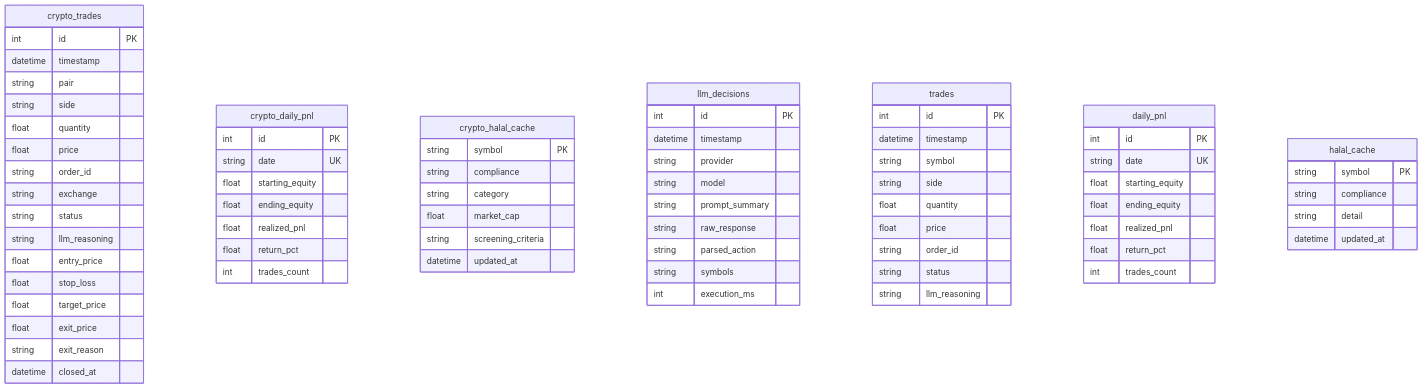
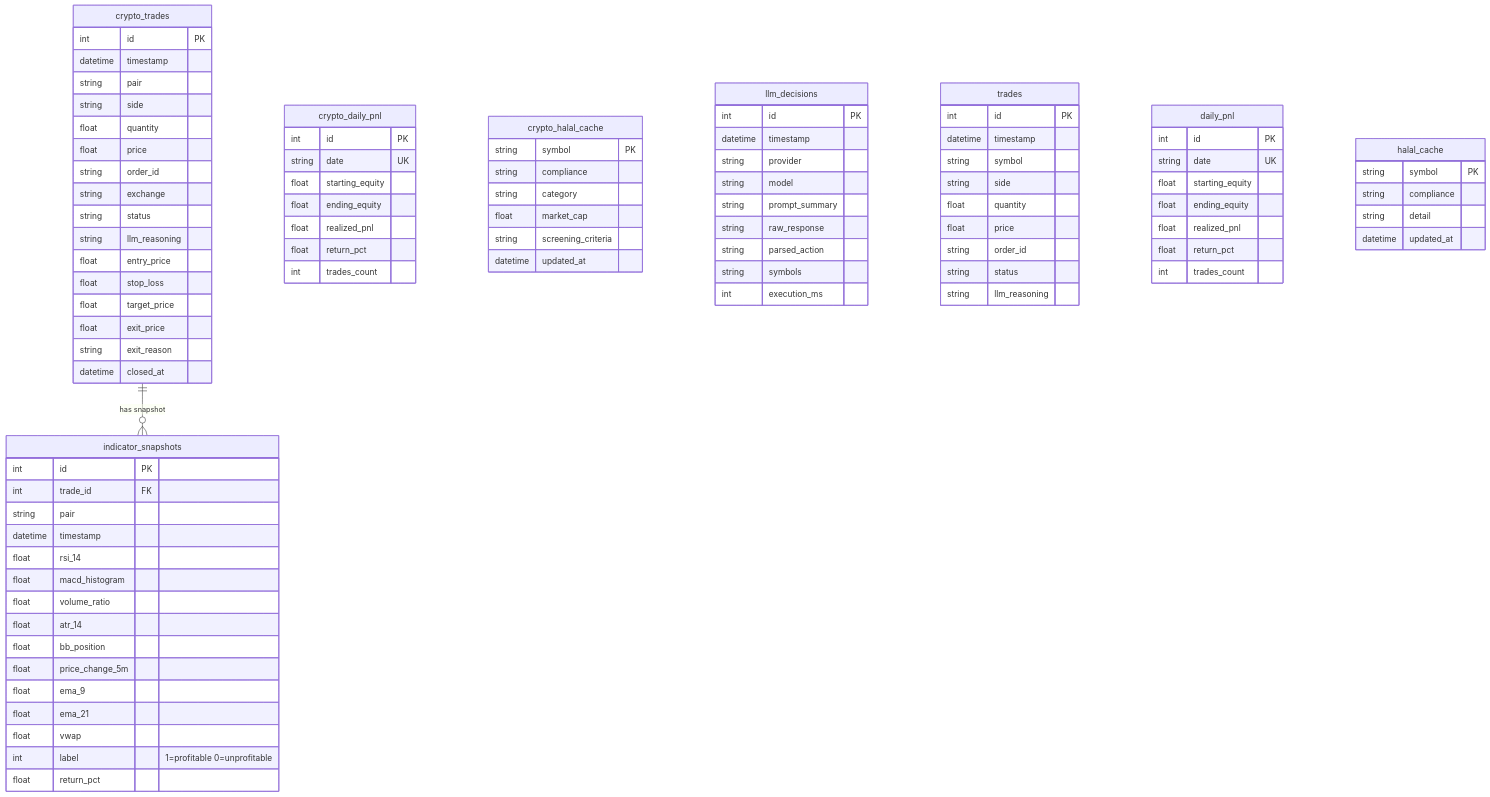
Before and after one commit to lanterno/tradeHalalLLM: the sixth of 6 diagrams in docs/ARCHITECTURE.md, drawn with Mermaid. The commit also changed other lines of this file, not shown here.

First line of the commit message:
docs: refresh ARCHITECTURE for risk engine, ML retraining, news reactor

```diff
--- a/docs/ARCHITECTURE.md
+++ b/docs/ARCHITECTURE.md
@@ -291,6 +436,24 @@
         datetime updated_at
     }
 
+    indicator_snapshots {
+        int id PK
+        int trade_id FK
+        string pair
+        datetime timestamp
+        float rsi_14
+        float macd_histogram
+        float volume_ratio
+        float atr_14
+        float bb_position
+        float price_change_5m
+        float ema_9
+        float ema_21
+        float vwap
+        int label "1=profitable 0=unprofitable"
+        float return_pct
+    }
+
     llm_decisions {
         int id PK
         datetime timestamp
@@ -302,6 +465,8 @@
         string symbols
         int execution_ms
     }
+
+    crypto_trades ||--o{ indicator_snapshots : "has snapshot"
 
     trades {
         int id PK
```
